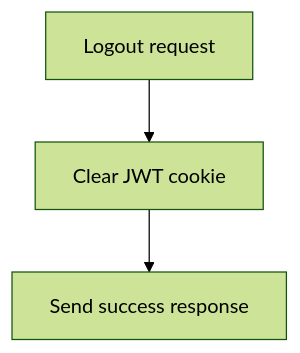
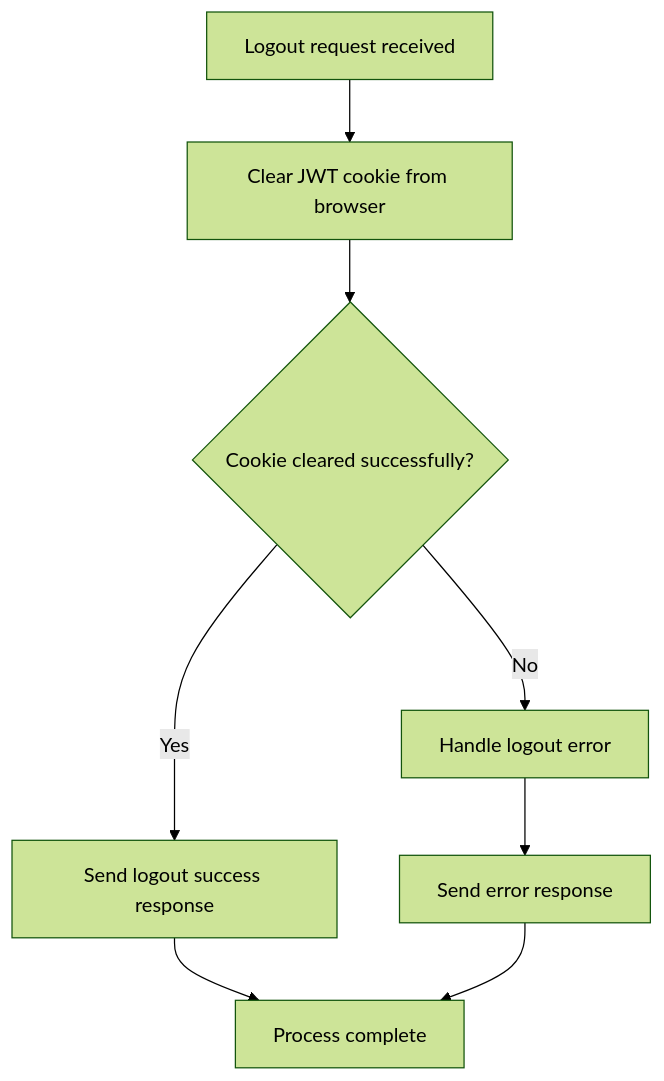
One commit to thehiten/node-js-code changed the fourth of 11 diagrams in README.md. Above: the diagram before and after it, drawn with Mermaid (forest theme). The commit also changed other lines of this file, not shown here.

Commit message:
update the readme file chart

````diff
--- a/README.md
+++ b/README.md
@@ -139,5 +166,10 @@
 ```mermaid
 graph TD
-    A[Logout request] --> B[Clear JWT cookie]
-    B --> C[Send success response]
+    A[Logout request received] --> B[Clear JWT cookie from browser]
+    B --> C{Cookie cleared successfully?}
+    C -->|Yes| D[Send logout success response]
+    C -->|No| E[Handle logout error]
+    D --> F[Process complete]
+    E --> G[Send error response]
+    G --> F
 ```
````
